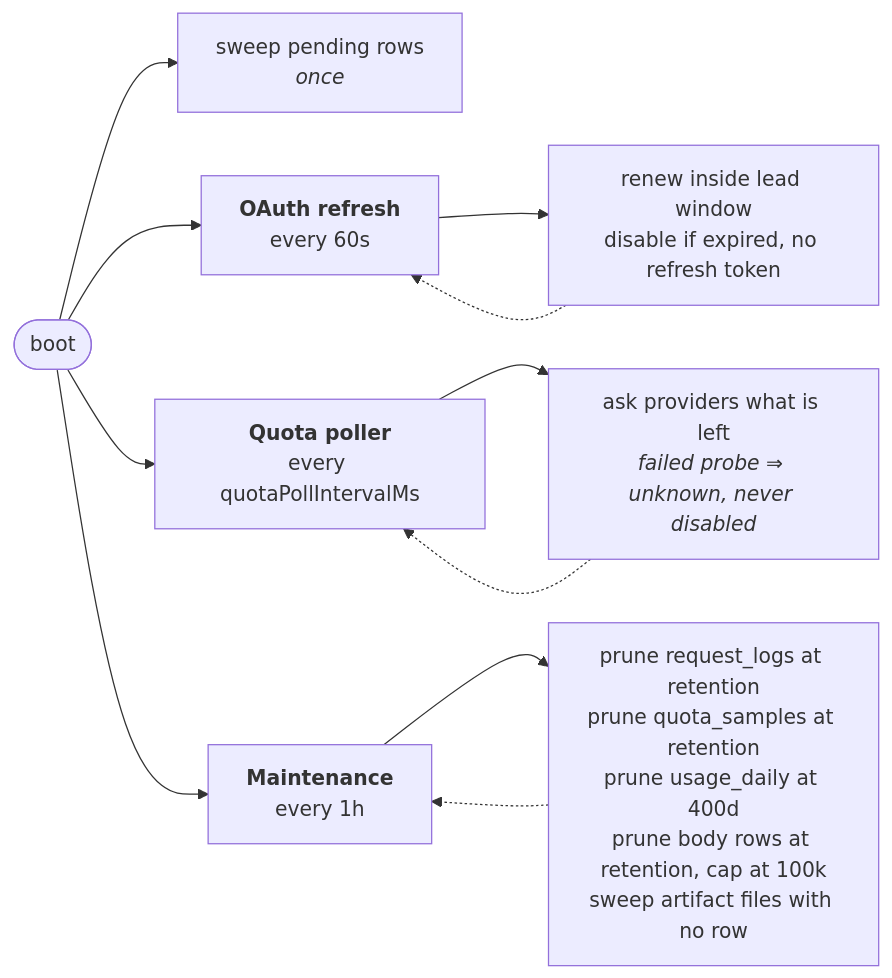
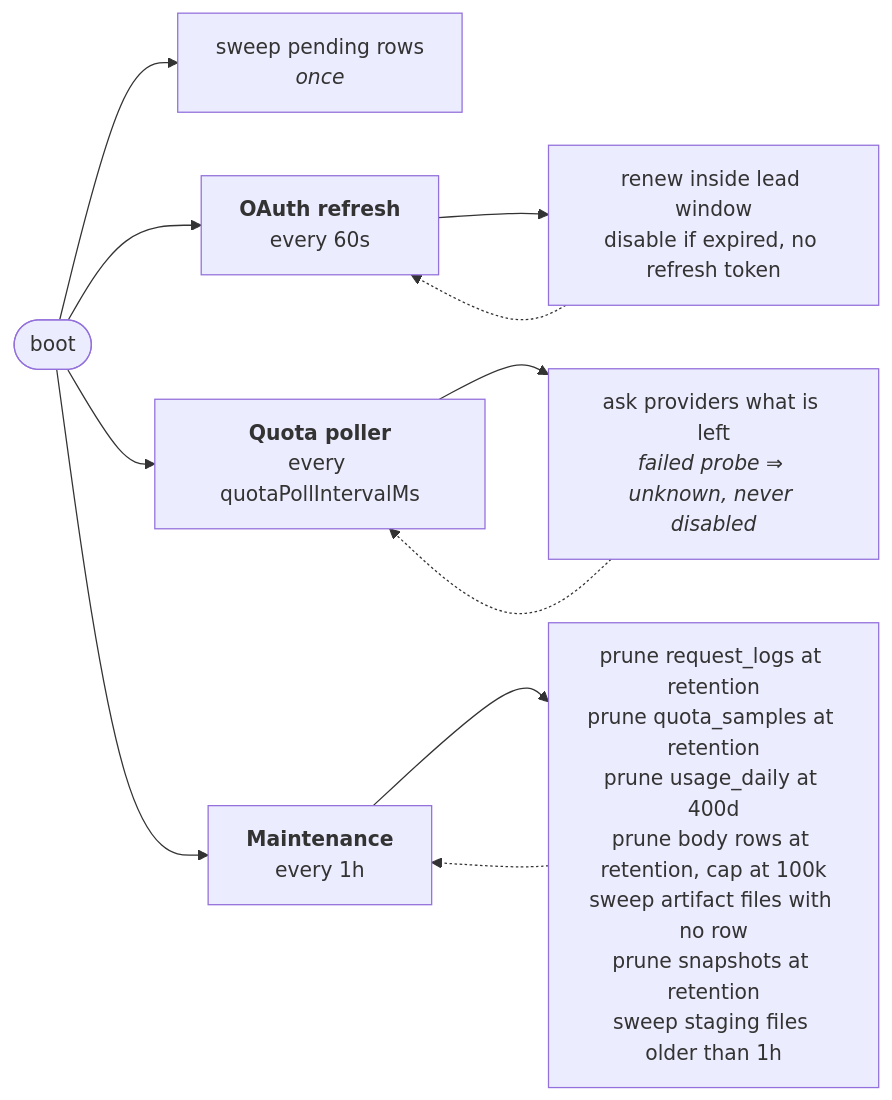
The seventh of 8 diagrams in ARCHITECTURE.md (harismawan/omnigateway), drawn with Mermaid before and after one commit. The commit also changed other lines of this file and 9 other files, not shown here.

````diff
--- a/ARCHITECTURE.md
+++ b/ARCHITECTURE.md
@@ -355,15 +387,15 @@
 ```mermaid
 flowchart LR
   boot([boot]) --> sweep["sweep pending rows<br/><i>once</i>"]
   boot --> oauth
   boot --> quota
   boot --> maint
 
   oauth["<b>OAuth refresh</b><br/>every 60s"] --> oauthJob["renew inside lead window<br/>disable if expired, no refresh token"]
   quota["<b>Quota poller</b><br/>every quotaPollIntervalMs"] --> quotaJob["ask providers what is left<br/><i>failed probe ⇒ unknown, never disabled</i>"]
-  maint["<b>Maintenance</b><br/>every 1h"] --> maintJob["prune request_logs at retention<br/>prune quota_samples at retention<br/>prune usage_daily at 400d<br/>prune body rows at retention, cap at 100k<br/>sweep artifact files with no row"]
+  maint["<b>Maintenance</b><br/>every 1h"] --> maintJob["prune request_logs at retention<br/>prune quota_samples at retention<br/>prune usage_daily at 400d<br/>prune body rows at retention, cap at 100k<br/>sweep artifact files with no row<br/>prune snapshots at retention<br/>sweep staging files older than 1h"]
 
   oauthJob -.-> oauth
   quotaJob -.-> quota
   maintJob -.-> maint
 ```
````
